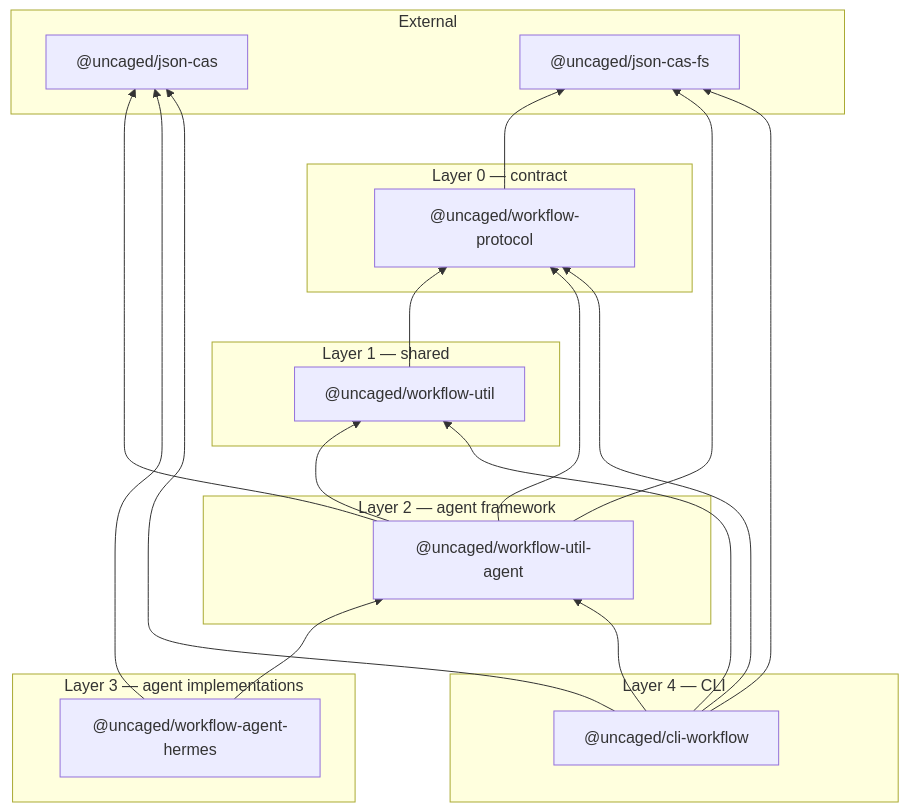
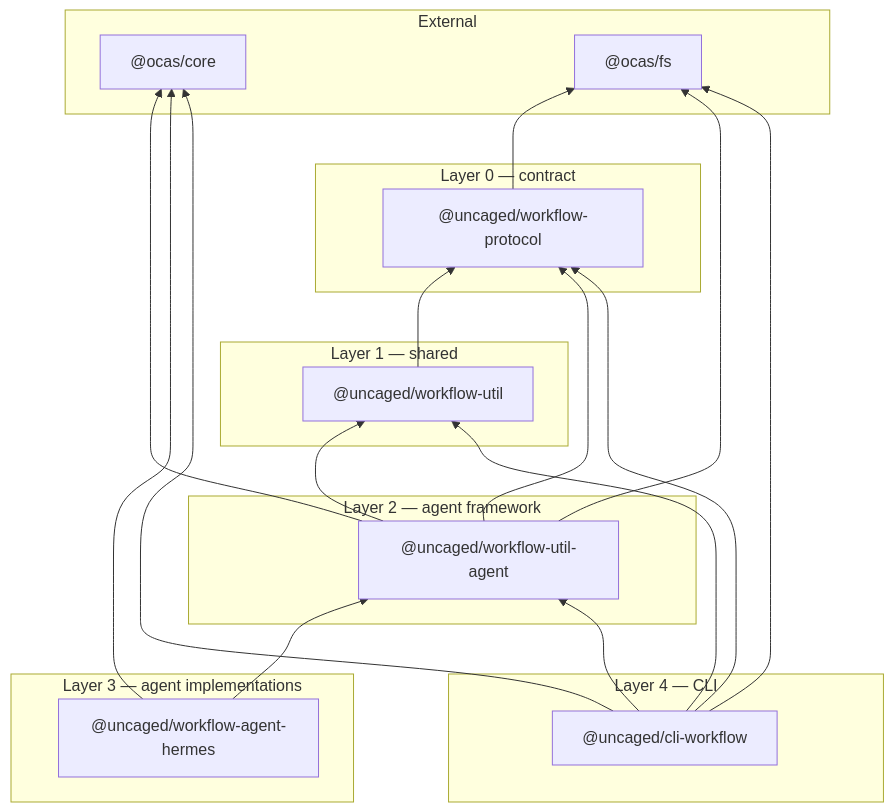
One commit to shazhou-ww/united-workforce changed the diagram in docs/architecture.md. Above: the diagram before and after it, drawn with Mermaid. The commit also changed other lines of this file and 9 other files, not shown here.

First line of the commit message:
docs: update all docs to reference @ocas/core and ocas_ref

````diff
--- a/docs/architecture.md
+++ b/docs/architecture.md
@@ -36,35 +36,35 @@
 ```mermaid
 flowchart BT
   subgraph External
-    jcas["@uncaged/json-cas"]
-    jcasfs["@uncaged/json-cas-fs"]
+    jcas["@ocas/core"]
+    jcasfs["@ocas/fs"]
   end
   subgraph L0["Layer 0 — contract"]
     protocol["@uncaged/workflow-protocol"]
   end
   subgraph L1["Layer 1 — shared"]
     util["@uncaged/workflow-util"]
   end
   subgraph L2["Layer 2 — agent framework"]
     kit["@uncaged/workflow-util-agent"]
   end
   subgraph L3["Layer 3 — agent implementations"]
     hermes["@uncaged/workflow-agent-hermes"]
   end
   subgraph L4["Layer 4 — CLI"]
     cli["@uncaged/cli-workflow"]
   end
   protocol --> jcasfs
   util --> protocol
   kit --> protocol
   kit --> util
   kit --> jcas
   kit --> jcasfs
   hermes --> kit
   hermes --> jcas
   cli --> protocol
   cli --> util
   cli --> kit
   cli --> jcas
   cli --> jcasfs
 ```
````
